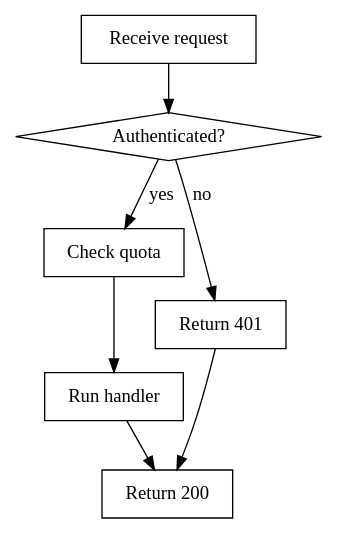
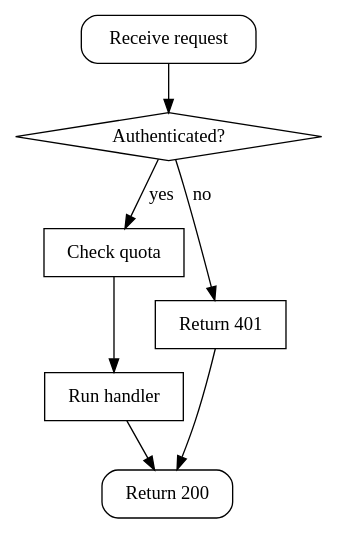
Before and after one commit to xberg-io/test_documents: the diagram in ground_truth/dot/mermaid_flow.dot, drawn with Graphviz. The commit also changed 40 other files, not shown here.

First line of the commit message:
feat(diagrams): add vector PDF fixtures and harden geometry variants

```diff
--- a/ground_truth/dot/mermaid_flow.dot
+++ b/ground_truth/dot/mermaid_flow.dot
@@ -1,14 +1,14 @@
 digraph mermaid_flow {
-  "Receive request" [shape=box];
+  "Receive request" [shape=box style=rounded];
   "Authenticated?" [shape=diamond];
   "Check quota" [shape=box];
   "Return 401" [shape=box];
   "Run handler" [shape=box];
-  "Return 200" [shape=box];
+  "Return 200" [shape=box style=rounded];
   "Receive request" -> "Authenticated?";
   "Authenticated?" -> "Check quota" [label="yes"];
   "Authenticated?" -> "Return 401" [label="no"];
   "Check quota" -> "Run handler";
   "Run handler" -> "Return 200";
   "Return 401" -> "Return 200";
 }
```
